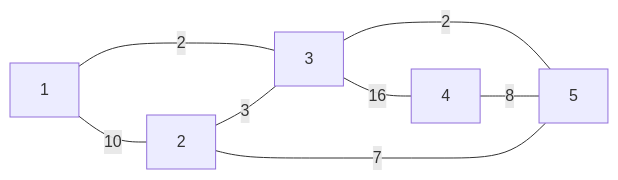
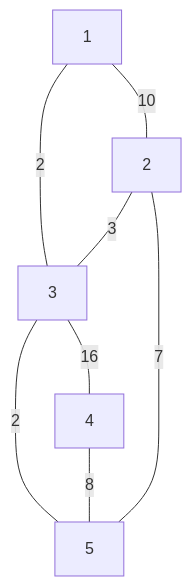
Before and after one commit to ilksh/Algorithm-template: the first of 3 diagrams in Python/Minimum Spanning Tree/Kruskal visualize.md, drawn with Mermaid. The commit also changed other lines of this file, not shown here.

````diff
--- a/Python/Minimum Spanning Tree/Kruskal visualize.md
+++ b/Python/Minimum Spanning Tree/Kruskal visualize.md
@@ -2,10 +2,10 @@
  ```mermaid
-graph LR;
+graph TD;
    1---|2|3
    1---|10|2
    2---|3|3
    3---|2|5
    2---|7|5
    3---|16|4
    4---|8|5
 ```
````
